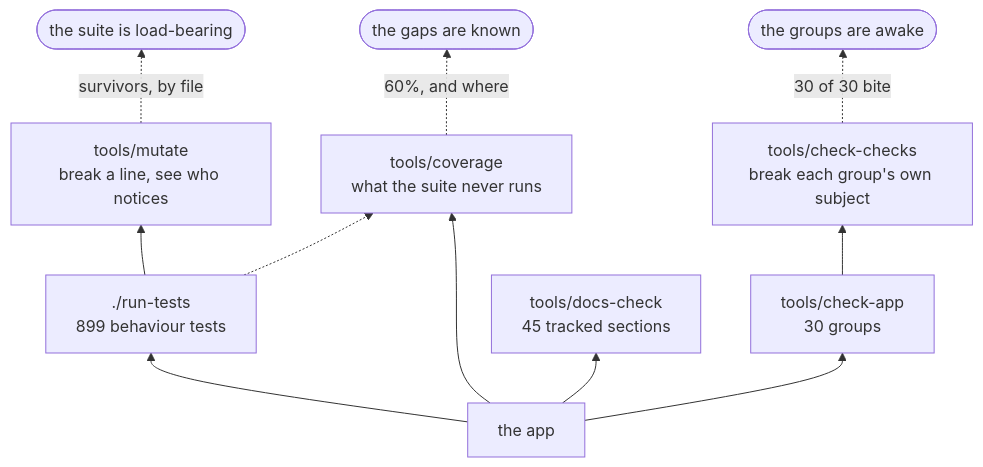
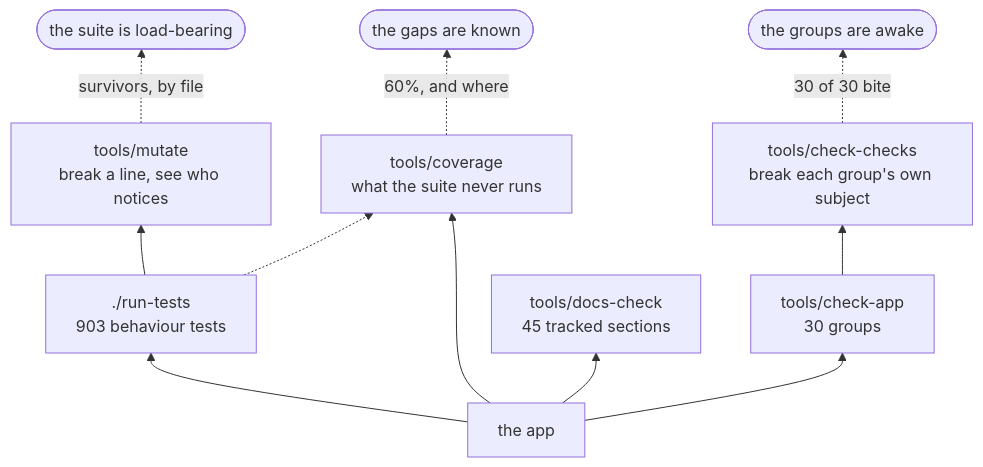
Before and after one commit to minormending/crystal-pilot-mobile: the second of 3 diagrams in docs/DEVELOPING.md, drawn with Mermaid. The commit also changed other lines of this file and 2 other files, not shown here.

````diff
--- a/docs/DEVELOPING.md
+++ b/docs/DEVELOPING.md
@@ -128,13 +128,13 @@
 ```mermaid
 flowchart BT
-    C["the app"] --> T["./run-tests<br/>899 behaviour tests"]
+    C["the app"] --> T["./run-tests<br/>903 behaviour tests"]
     C --> A["tools/check-app<br/>30 groups"]
     C --> D["tools/docs-check<br/>45 tracked sections"]
     C --> V["tools/coverage<br/>what the suite never runs"]
     T --> M["tools/mutate<br/>break a line, see who notices"]
     A --> K["tools/check-checks<br/>break each group's own subject"]
     T -.-> V
     M -.->|"survivors, by file"| R(["the suite is load-bearing"])
     K -.->|"30 of 30 bite"| R2(["the groups are awake"])
     V -.->|"60%, and where"| R3(["the gaps are known"])
 ```
````
